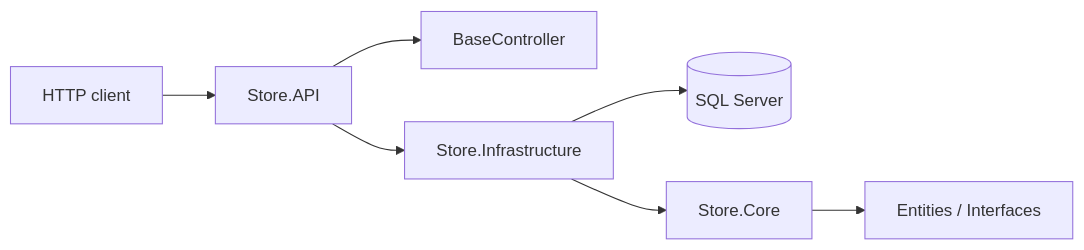
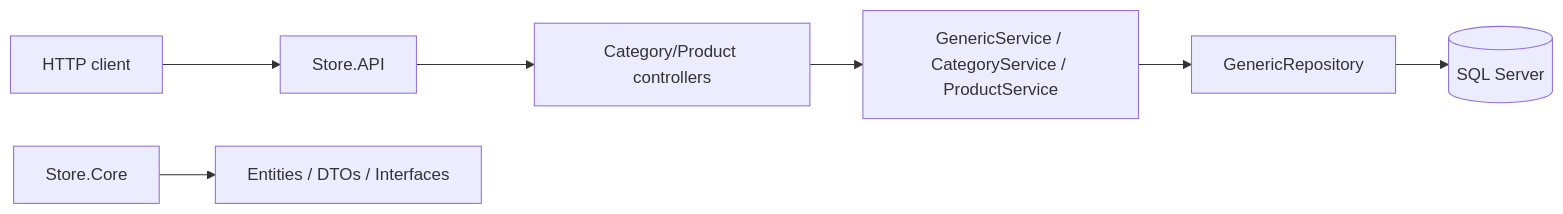
Before and after one commit to abdelrahman-kamel-elgendy/Store-backend: the diagram in README.md, drawn with Mermaid. The commit also changed other lines of this file and 17 other files, not shown here.

````diff
--- a/README.md
+++ b/README.md
@@ -76,9 +73,9 @@
 ```mermaid
 flowchart LR
     Client[HTTP client] --> API[Store.API]
-    API --> Base[BaseController<TResponse, ...>]
-    API --> Infra[Store.Infrastructure]
-    Infra --> Db[(SQL Server)]
-    Infra --> Core[Store.Core]
-    Core --> Entities[Entities / Interfaces]
+    API --> Controller[Category/Product controllers]
+    Controller --> Service[GenericService / CategoryService / ProductService]
+    Service --> Repository[GenericRepository]
+    Repository --> Db[(SQL Server)]
+    Core[Store.Core] --> Entities[Entities / DTOs / Interfaces]
 ```
````
